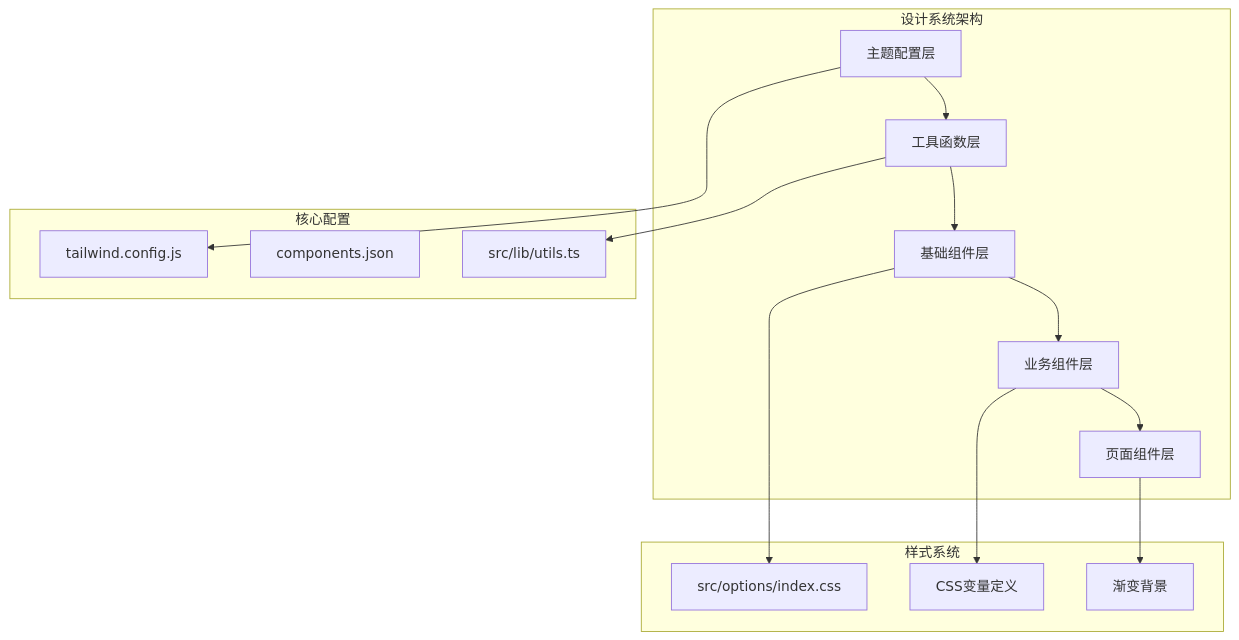
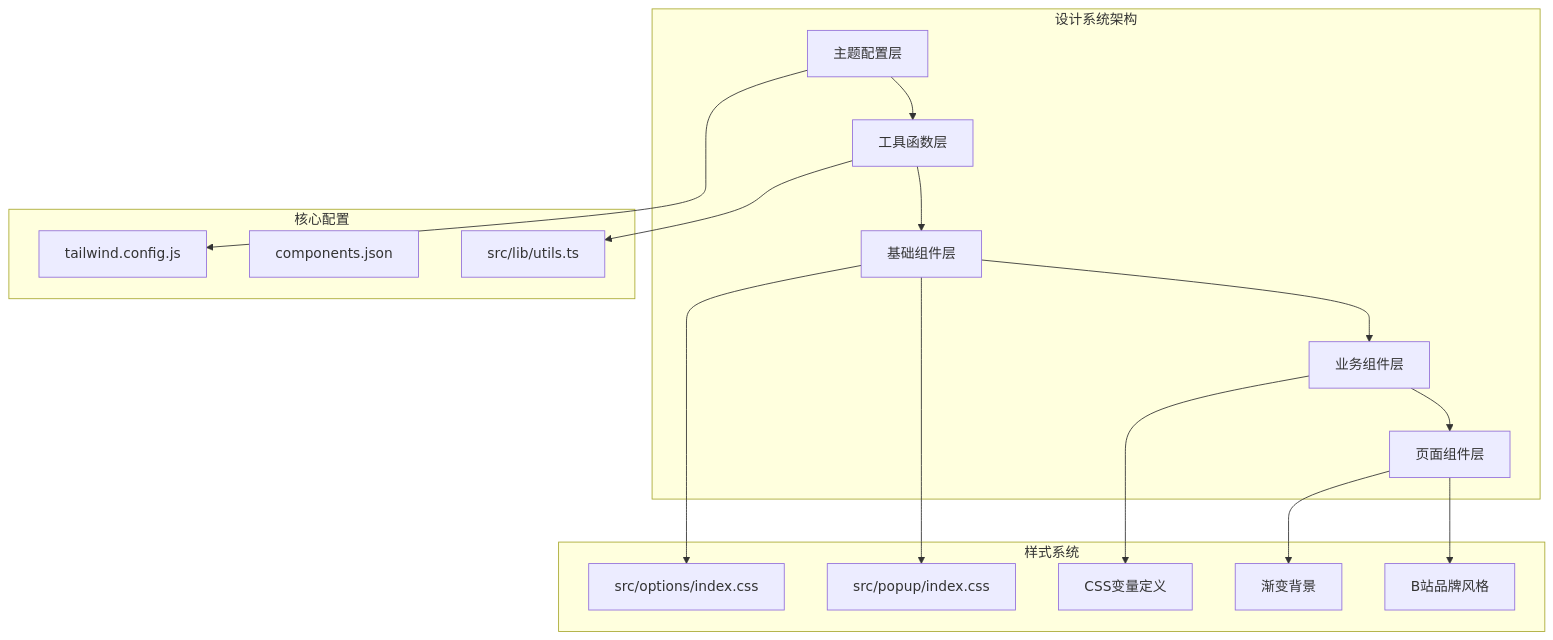
The first of 18 diagrams in .qoder/repowiki/zh/content/开发指南/UI_UX专业设计系统.md (RadiumAg/bilibili-favorites), drawn with Mermaid before and after one commit. The commit also changed other lines of this file and 4 other files, not shown here.

````diff
--- a/.qoder/repowiki/zh/content/开发指南/UI_UX专业设计系统.md
+++ b/.qoder/repowiki/zh/content/开发指南/UI_UX专业设计系统.md
@@ -47,24 +61,28 @@
 ```mermaid
 graph TB
 subgraph "设计系统架构"
 A[主题配置层] --> B[工具函数层]
 B --> C[基础组件层]
 C --> D[业务组件层]
 D --> E[页面组件层]
 end
 subgraph "核心配置"
 F[tailwind.config.js]
 G[components.json]
 H[src/lib/utils.ts]
 end
 subgraph "样式系统"
 I[src/options/index.css]
-J[CSS变量定义]
-K[渐变背景]
+J[src/popup/index.css]
+K[CSS变量定义]
+L[渐变背景]
+M[B站品牌风格]
 end
 A --> F
 B --> H
 C --> I
-D --> J
-E --> K
+C --> J
+D --> K
+E --> L
+E --> M
 ```
````
